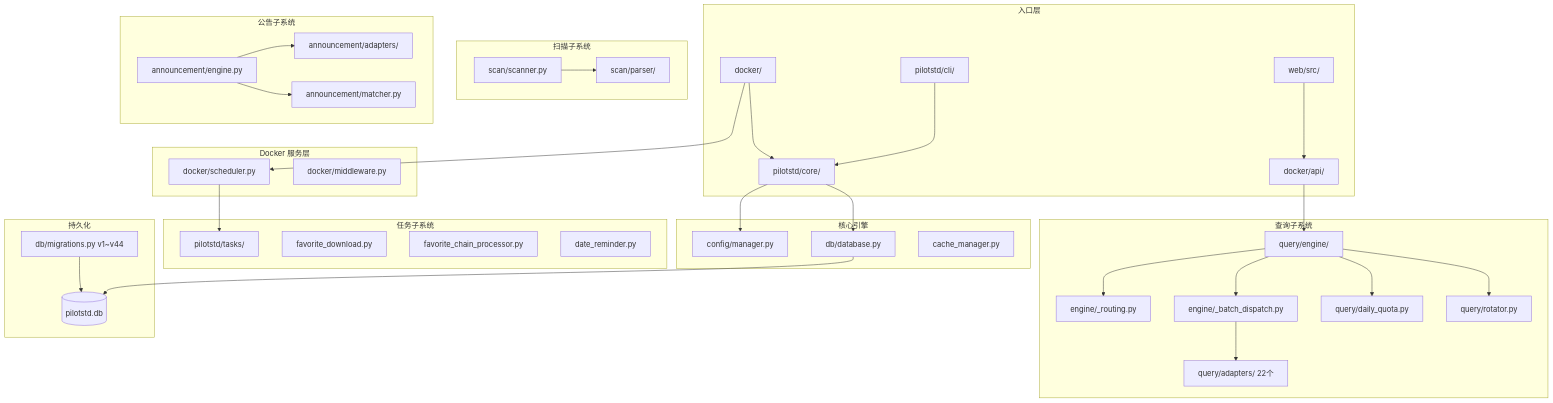
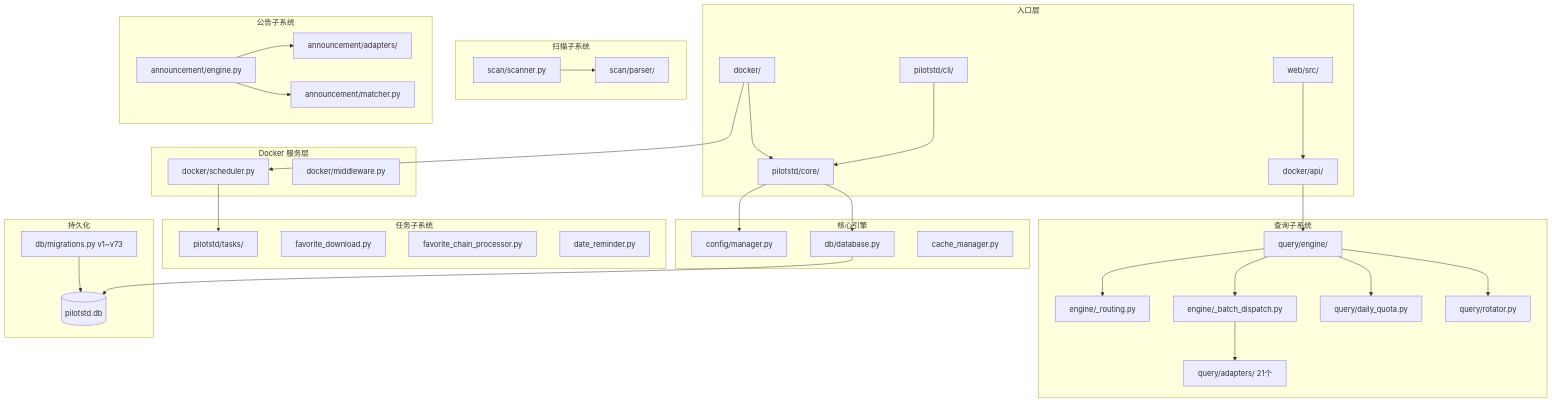
The diagram in docs/architecture/overview.md (leanmore/PilotStd), drawn with Mermaid before and after one commit. The commit also changed other lines of this file and 34 other files, not shown here.

````diff
--- a/docs/architecture/overview.md
+++ b/docs/architecture/overview.md
@@ -19,69 +19,69 @@
 ```mermaid
 graph TD
     subgraph "入口层"
         CLI[pilotstd/cli/] --> Core
         Docker[docker/] --> Core
         Web[web/src/] --> DockerAPI
     end
 
     subgraph "Docker 服务层"
         DockerAPI[docker/api/]
         Scheduler[docker/scheduler.py]
         Middleware[docker/middleware.py]
     end
 
     subgraph "核心引擎"
         Core[pilotstd/core/]
         Config[config/manager.py]
         DB[db/database.py]
         Cache[cache_manager.py]
     end
 
     subgraph "查询子系统"
         QueryEngine[query/engine/]
-        Adapters[query/adapters/ 22个]
+        Adapters[query/adapters/ 21个]
         Routing[engine/_routing.py]
         Bucket[engine/_batch_dispatch.py]
         Quota[query/daily_quota.py]
         Rotator[query/rotator.py]
     end
 
     subgraph "扫描子系统"
         Scanner[scan/scanner.py]
         Parser[scan/parser/]
     end
 
     subgraph "公告子系统"
         AnnounceEngine[announcement/engine.py]
         SAMRAdapters[announcement/adapters/]
         Matcher[announcement/matcher.py]
     end
 
     subgraph "任务子系统"
         Tasks[pilotstd/tasks/]
         FavoriteDL[favorite_download.py]
         ChainProc[favorite_chain_processor.py]
         DateReminder[date_reminder.py]
     end
 
     subgraph "持久化"
         SQLiteDB[(pilotstd.db)]
-        Migrations[db/migrations.py v1~v44]
+        Migrations[db/migrations.py v1~v73]
     end
 
     Docker --> Scheduler
     Scheduler --> Tasks
     DockerAPI --> QueryEngine
     QueryEngine --> Routing
     QueryEngine --> Bucket
     QueryEngine --> Quota
     QueryEngine --> Rotator
     Bucket --> Adapters
     Scanner --> Parser
     AnnounceEngine --> SAMRAdapters
     AnnounceEngine --> Matcher
     Core --> Config
     Core --> DB
     DB --> SQLiteDB
     Migrations --> SQLiteDB
 ```
````
